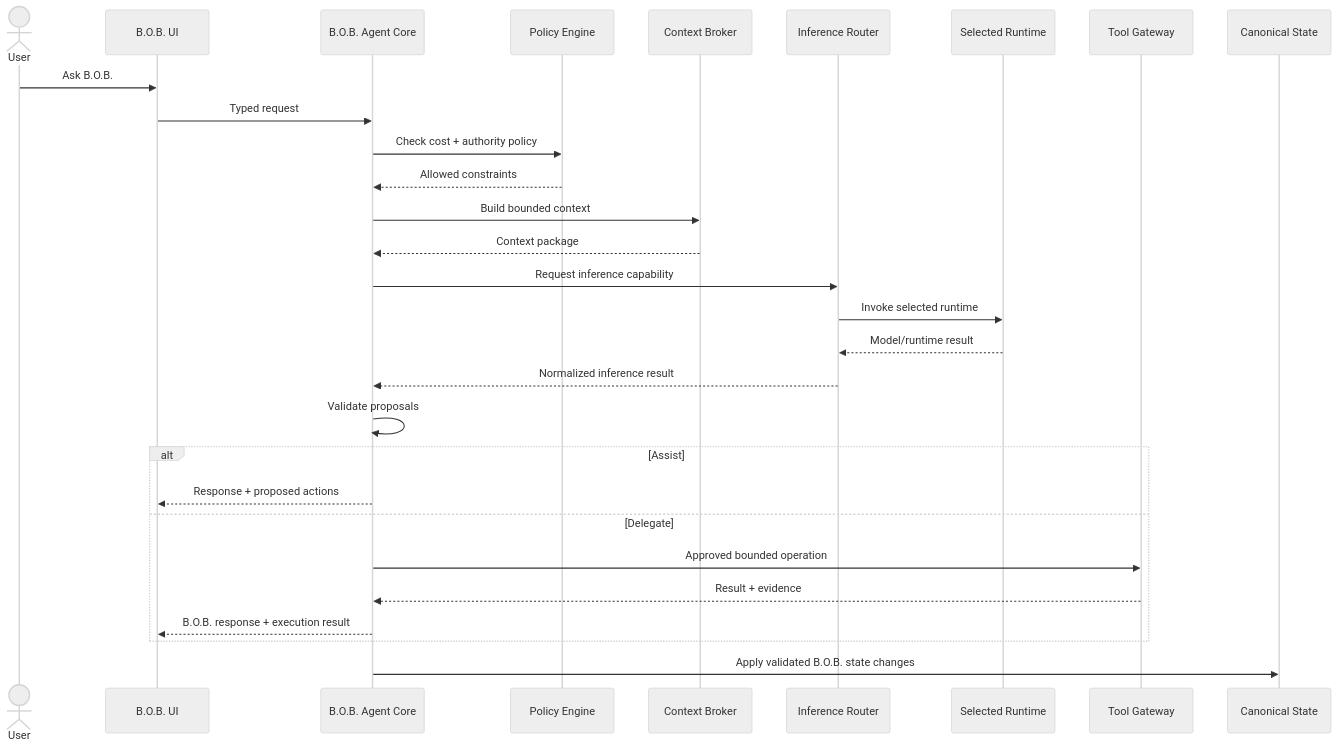
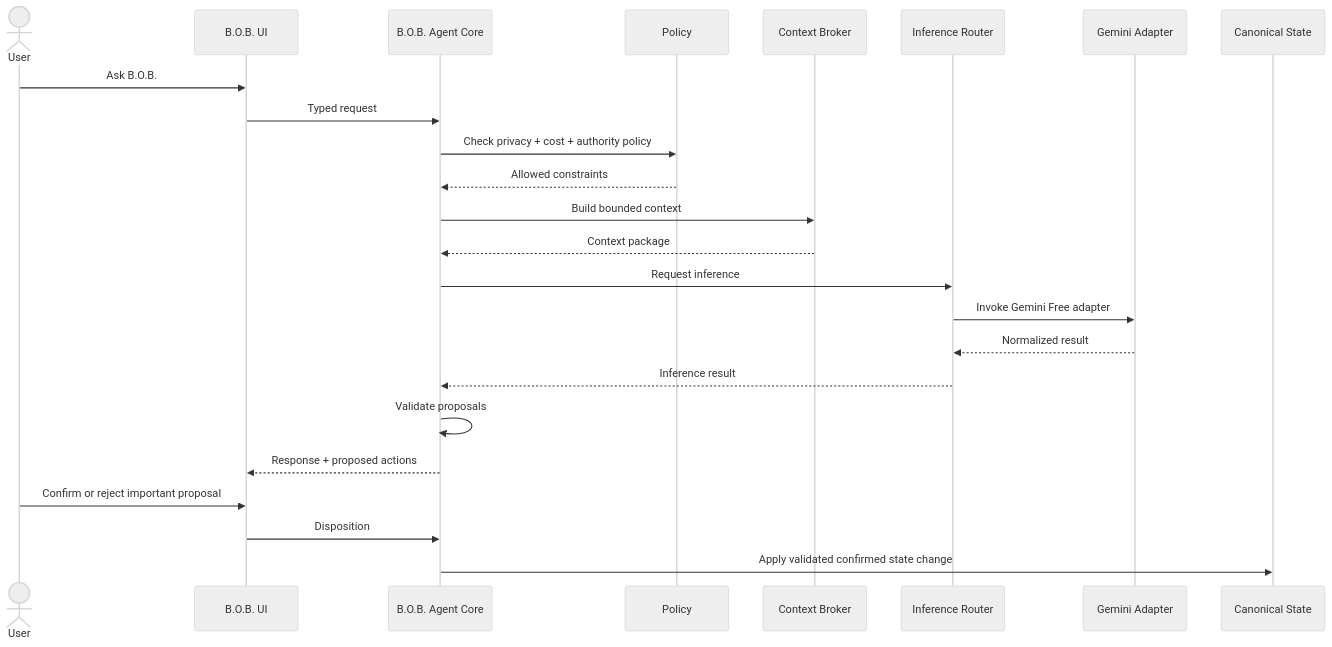
Before and after one commit to Knapp-Kevin/B.O.B.: the third of 3 diagrams in docs/ARCHITECTURE.md, drawn with Mermaid (neutral theme). The commit also changed other lines of this file, not shown here.

Commit message:
docs: reconcile architecture with alpha route

````diff
--- a/docs/ARCHITECTURE.md
+++ b/docs/ARCHITECTURE.md
@@ -173,32 +176,27 @@
 ```mermaid
 sequenceDiagram
     actor U as User
     participant UI as B.O.B. UI
     participant B as B.O.B. Agent Core
-    participant P as Policy Engine
+    participant P as Policy
     participant X as Context Broker
     participant R as Inference Router
-    participant M as Selected Runtime
-    participant T as Tool Gateway
+    participant G as Gemini Adapter
     participant S as Canonical State
 
     U->>UI: Ask B.O.B.
     UI->>B: Typed request
-    B->>P: Check cost + authority policy
+    B->>P: Check privacy + cost + authority policy
     P-->>B: Allowed constraints
     B->>X: Build bounded context
     X-->>B: Context package
-    B->>R: Request inference capability
-    R->>M: Invoke selected runtime
-    M-->>R: Model/runtime result
-    R-->>B: Normalized inference result
+    B->>R: Request inference
+    R->>G: Invoke Gemini Free adapter
+    G-->>R: Normalized result
+    R-->>B: Inference result
     B->>B: Validate proposals
-    alt Assist
-        B-->>UI: Response + proposed actions
-    else Delegate
-        B->>T: Approved bounded operation
-        T-->>B: Result + evidence
-        B-->>UI: B.O.B. response + execution result
-    end
-    B->>S: Apply validated B.O.B. state changes
+    B-->>UI: Response + proposed actions
+    U->>UI: Confirm or reject important proposal
+    UI->>B: Disposition
+    B->>S: Apply validated confirmed state change
 ```
````
